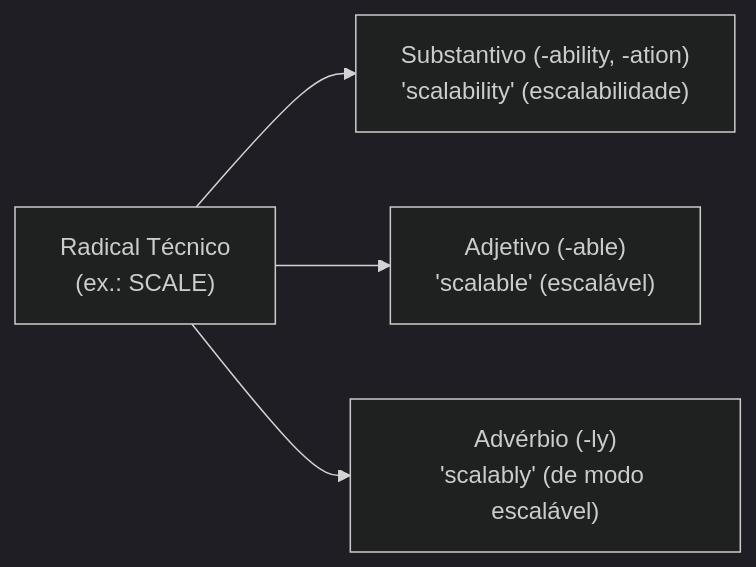
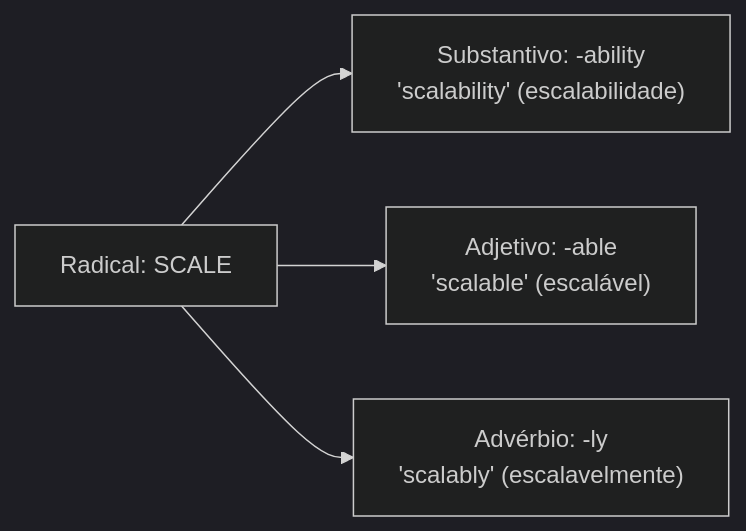
Before and after one commit to thiagosantos346/TCE-GO-2027: the second of 3 diagrams in fontes_de_estudo/conhecimentos_especificos_b02_ti/14_lingua_inglesa_leitura_tecnica/02_vocabulario_tecnico_de_ti_e_conjuncoes.md, drawn with Mermaid (dark theme). The commit also changed other lines of this file and 119 other files, not shown here.

````diff
--- a/fontes_de_estudo/conhecimentos_especificos_b02_ti/14_lingua_inglesa_leitura_tecnica/02_vocabulario_tecnico_de_ti_e_conjuncoes.md
+++ b/fontes_de_estudo/conhecimentos_especificos_b02_ti/14_lingua_inglesa_leitura_tecnica/02_vocabulario_tecnico_de_ti_e_conjuncoes.md
@@ -114,8 +163,8 @@
 ```mermaid
 flowchart LR
-    Root["Radical Técnico<br/>(ex.: SCALE)"]
+    Root["Radical: SCALE"]
     
-    Root --> Substantivo["Substantivo (-ability, -ation)<br/>'scalability' (escalabilidade)"]
-    Root --> Adjetivo["Adjetivo (-able)<br/>'scalable' (escalável)"]
-    Root --> Adverbio["Advérbio (-ly)<br/>'scalably' (de modo escalável)"]
+    Root --> S1["Substantivo: -ability<br/>'scalability' (escalabilidade)"]
+    Root --> S2["Adjetivo: -able<br/>'scalable' (escalável)"]
+    Root --> S3["Advérbio: -ly<br/>'scalably' (escalavelmente)"]
 ```
````
